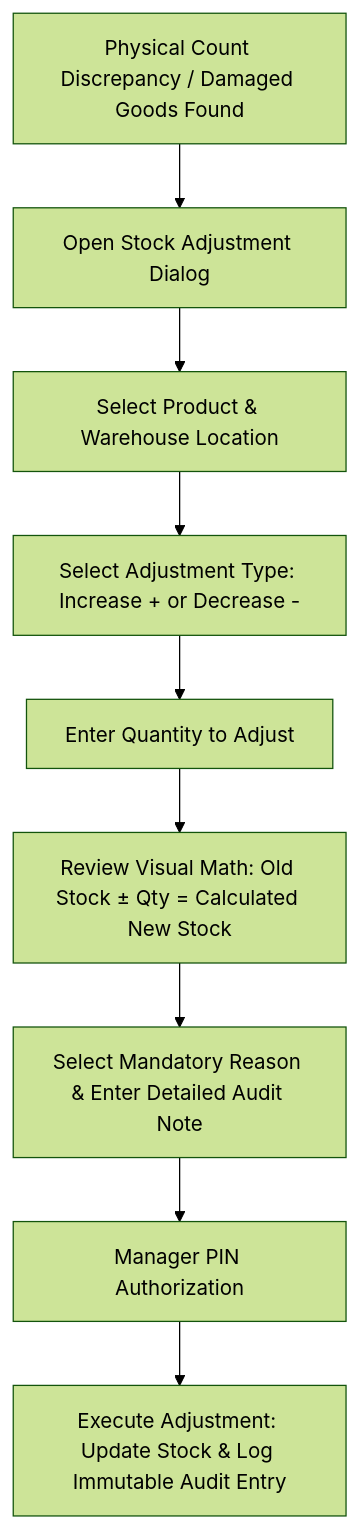
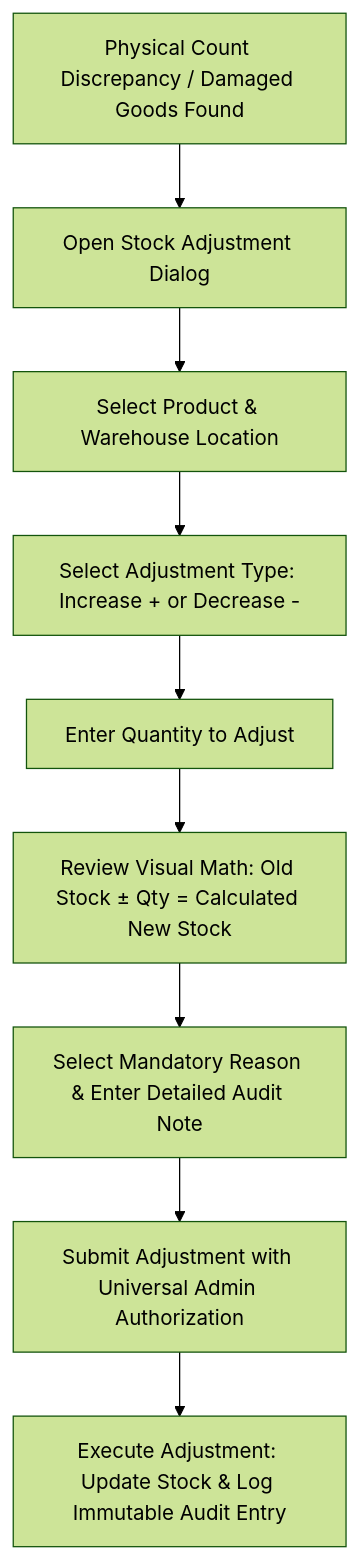
The fifth of 5 diagrams in docs/requirements/user-flows.md (priyanshrathod0603/Inventory-Management-System), drawn with Mermaid (forest theme) before and after one commit. The commit also changed other lines of this file and 37 other files, not shown here.

````diff
--- a/docs/requirements/user-flows.md
+++ b/docs/requirements/user-flows.md
@@ -69,11 +87,11 @@
 ```mermaid
 flowchart TD
     A[Physical Count Discrepancy / Damaged Goods Found] --> B[Open Stock Adjustment Dialog]
     B --> C[Select Product & Warehouse Location]
     C --> D[Select Adjustment Type: Increase + or Decrease -]
     D --> E[Enter Quantity to Adjust]
     E --> F[Review Visual Math: Old Stock ± Qty = Calculated New Stock]
     F --> G[Select Mandatory Reason & Enter Detailed Audit Note]
-    G --> H[Manager PIN Authorization]
+    G --> H[Submit Adjustment with Universal Admin Authorization]
     H --> I[Execute Adjustment: Update Stock & Log Immutable Audit Entry]
 ```
````
